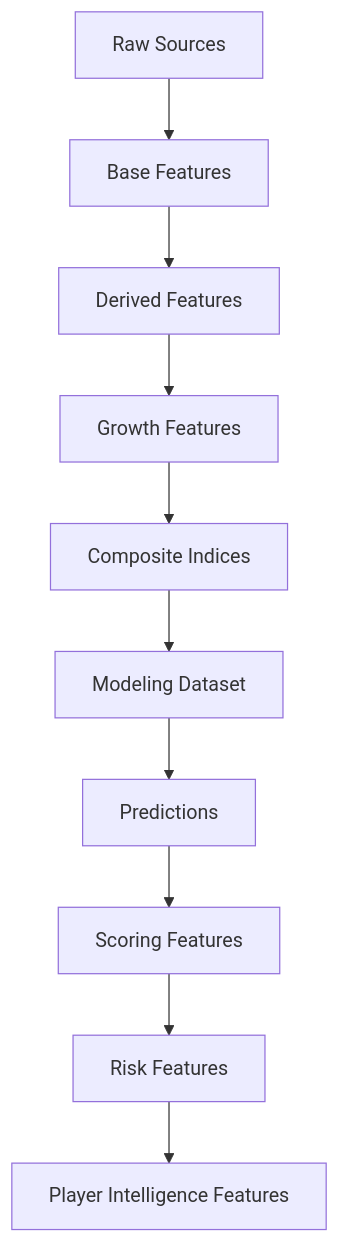
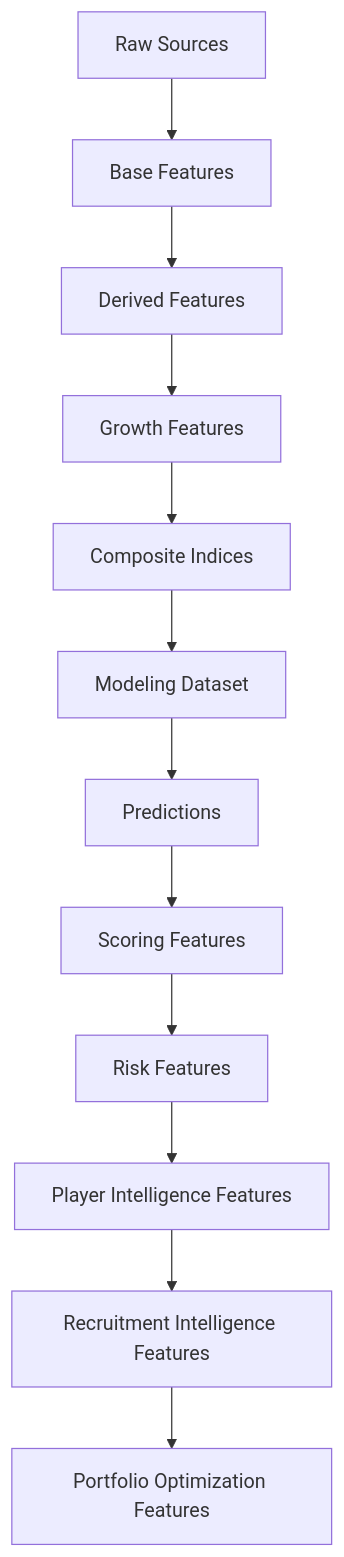
One commit to manuelpeba/market-value-football-tfm changed the diagram in docs/feature_engineering_plan.md. Above: the diagram before and after it, drawn with Mermaid. The commit also changed other lines of this file and 5 other files, not shown here.

````diff
--- a/docs/feature_engineering_plan.md
+++ b/docs/feature_engineering_plan.md
@@ -77,22 +90,26 @@
 ```mermaid
 flowchart TD
 
 A[Raw Sources]
 --> B[Base Features]
 
 B --> C[Derived Features]
 
 C --> D[Growth Features]
 
 D --> E[Composite Indices]
 
 E --> F[Modeling Dataset]
 
 F --> G[Predictions]
 
 G --> H[Scoring Features]
 
 H --> I[Risk Features]
 
 I --> J[Player Intelligence Features]
+
+J --> K[Recruitment Intelligence Features]
+
+K --> L[Portfolio Optimization Features]
 ```
````
